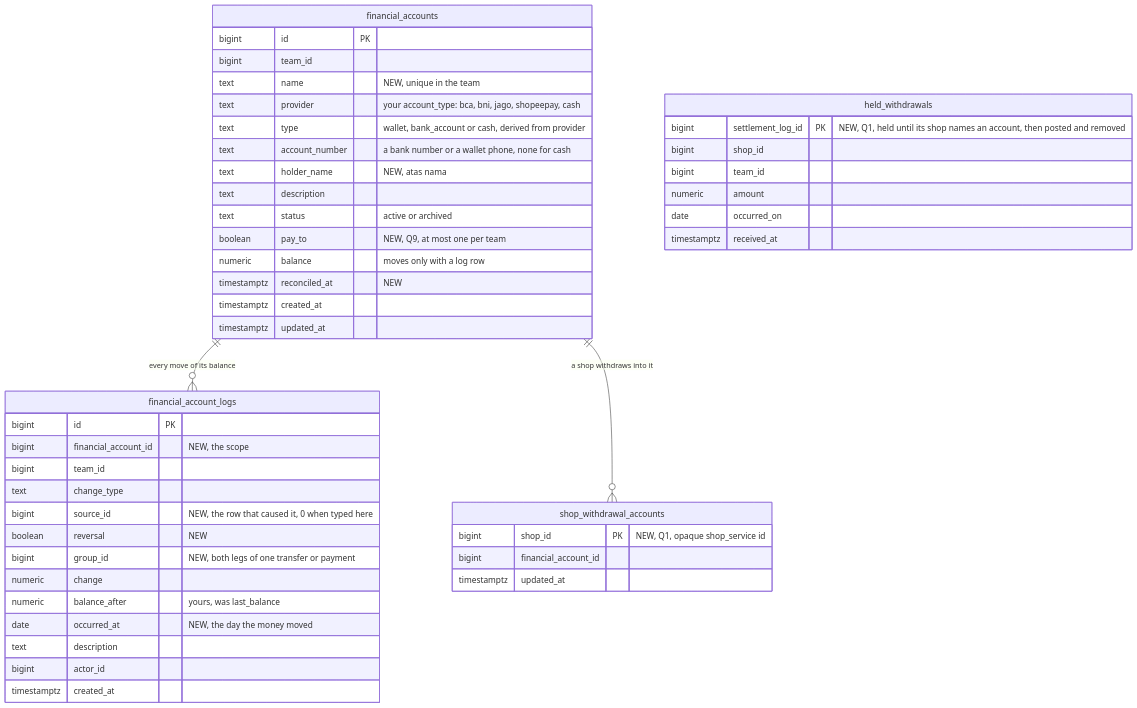
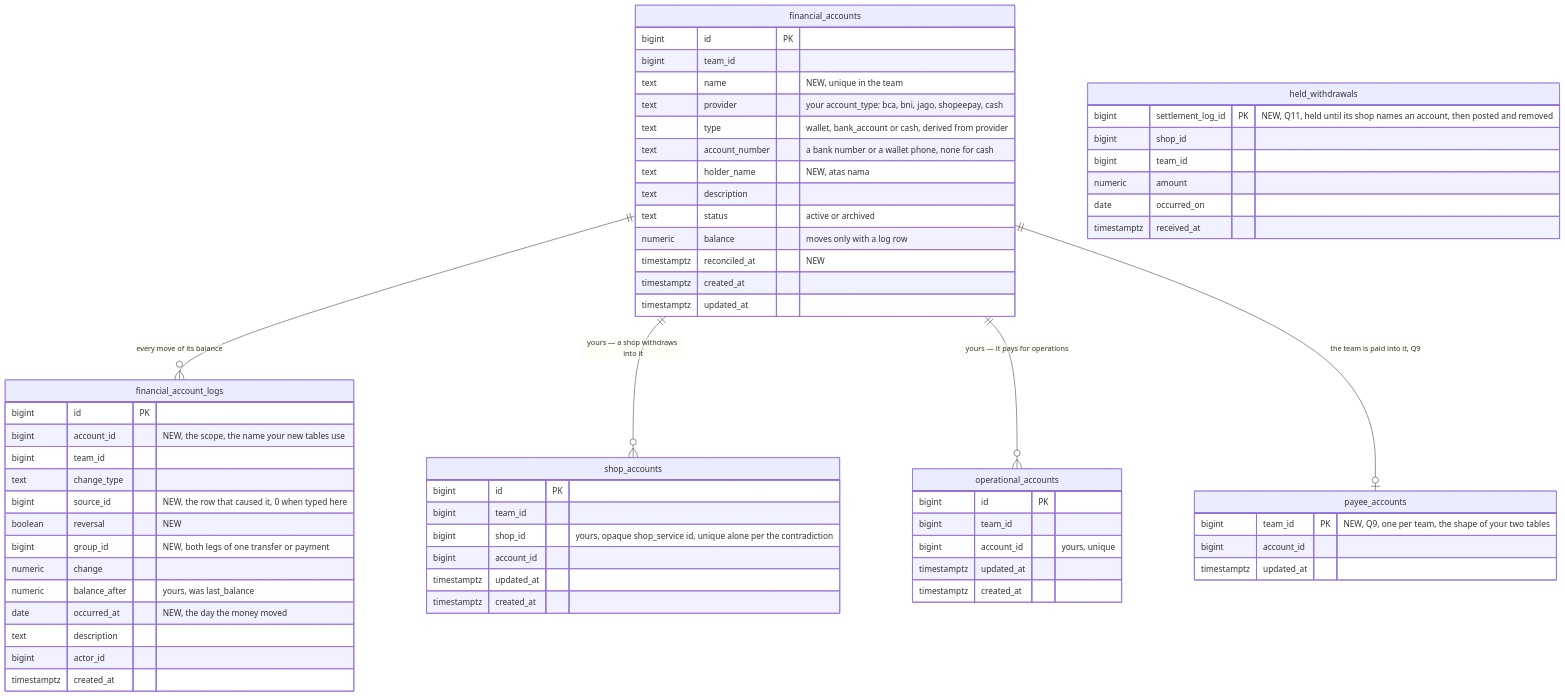
The fifth of 7 diagrams in docs/business/financial_account/context_clarify.md (pdcgo/warehouse_revamp), drawn with Mermaid before and after one commit. The commit also changed other lines of this file and 3 other files, not shown here.

First line of the commit message:
financial_account: record shop_accounts and operational_accounts - Q1 answered, Q11 opened

````diff
--- a/docs/business/financial_account/context_clarify.md
+++ b/docs/business/financial_account/context_clarify.md
@@ -217,49 +220,65 @@
 ```mermaid
 erDiagram
   financial_accounts ||--o{ financial_account_logs : "every move of its balance"
-  financial_accounts ||--o{ shop_withdrawal_accounts : "a shop withdraws into it"
+  financial_accounts ||--o{ shop_accounts : "yours — a shop withdraws into it"
+  financial_accounts ||--o{ operational_accounts : "yours — it pays for operations"
+  financial_accounts ||--o| payee_accounts : "the team is paid into it, Q9"
   financial_accounts {
     bigint id PK
     bigint team_id
     text name "NEW, unique in the team"
     text provider "your account_type: bca, bni, jago, shopeepay, cash"
     text type "wallet, bank_account or cash, derived from provider"
     text account_number "a bank number or a wallet phone, none for cash"
     text holder_name "NEW, atas nama"
     text description
     text status "active or archived"
-    boolean pay_to "NEW, Q9, at most one per team"
     numeric balance "moves only with a log row"
     timestamptz reconciled_at "NEW"
     timestamptz created_at
     timestamptz updated_at
   }
   financial_account_logs {
     bigint id PK
-    bigint financial_account_id "NEW, the scope"
+    bigint account_id "NEW, the scope, the name your new tables use"
     bigint team_id
     text change_type
     bigint source_id "NEW, the row that caused it, 0 when typed here"
     boolean reversal "NEW"
     bigint group_id "NEW, both legs of one transfer or payment"
     numeric change
     numeric balance_after "yours, was last_balance"
     date occurred_at "NEW, the day the money moved"
     text description
     bigint actor_id
     timestamptz created_at
   }
-  shop_withdrawal_accounts {
-    bigint shop_id PK "NEW, Q1, opaque shop_service id"
-    bigint financial_account_id
+  shop_accounts {
+    bigint id PK
+    bigint team_id
+    bigint shop_id "yours, opaque shop_service id, unique alone per the contradiction"
+    bigint account_id
+    timestamptz updated_at
+    timestamptz created_at
+  }
+  operational_accounts {
+    bigint id PK
+    bigint team_id
+    bigint account_id "yours, unique"
+    timestamptz updated_at
+    timestamptz created_at
+  }
+  payee_accounts {
+    bigint team_id PK "NEW, Q9, one per team, the shape of your two tables"
+    bigint account_id
     timestamptz updated_at
   }
   held_withdrawals {
-    bigint settlement_log_id PK "NEW, Q1, held until its shop names an account, then posted and removed"
+    bigint settlement_log_id PK "NEW, Q11, held until its shop names an account, then posted and removed"
     bigint shop_id
     bigint team_id
     numeric amount
     date occurred_on
     timestamptz received_at
   }
 ```
````
